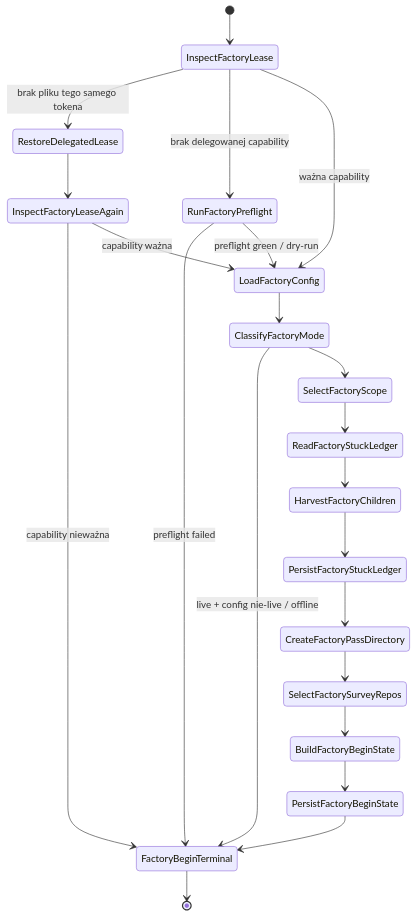
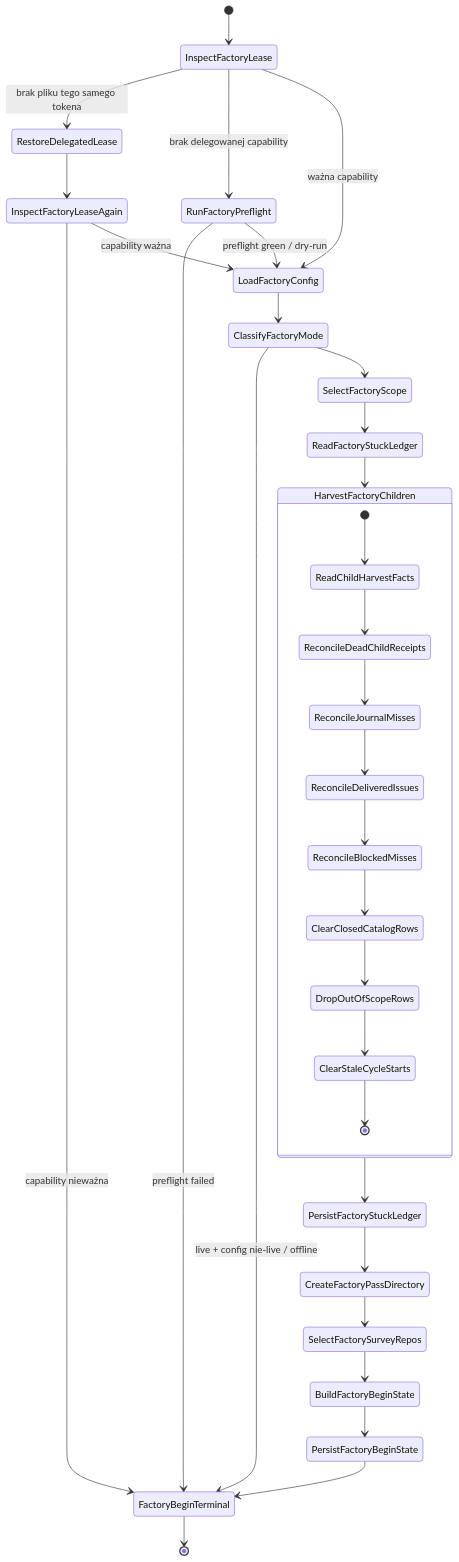
One commit to mikolaj92/lokay changed the second of 38 diagrams in README.md. Above: the diagram before and after it, drawn with Mermaid. The commit also changed other lines of this file, not shown here.

Commit message:
docs: expose child harvest subflow

````diff
--- a/README.md
+++ b/README.md
@@ -100,24 +100,35 @@
 ```mermaid
 stateDiagram-v2
     [*] --> InspectFactoryLease
     InspectFactoryLease --> RestoreDelegatedLease: brak pliku tego samego tokena
     InspectFactoryLease --> RunFactoryPreflight: brak delegowanej capability
     InspectFactoryLease --> LoadFactoryConfig: ważna capability
     RestoreDelegatedLease --> InspectFactoryLeaseAgain
     InspectFactoryLeaseAgain --> FactoryBeginTerminal: capability nieważna
     InspectFactoryLeaseAgain --> LoadFactoryConfig: capability ważna
     RunFactoryPreflight --> FactoryBeginTerminal: preflight failed
     RunFactoryPreflight --> LoadFactoryConfig: preflight green / dry-run
     LoadFactoryConfig --> ClassifyFactoryMode
     ClassifyFactoryMode --> FactoryBeginTerminal: live + config nie-live / offline
     ClassifyFactoryMode --> SelectFactoryScope
     SelectFactoryScope --> ReadFactoryStuckLedger
     ReadFactoryStuckLedger --> HarvestFactoryChildren
+    state HarvestFactoryChildren {
+        [*] --> ReadChildHarvestFacts
+        ReadChildHarvestFacts --> ReconcileDeadChildReceipts
+        ReconcileDeadChildReceipts --> ReconcileJournalMisses
+        ReconcileJournalMisses --> ReconcileDeliveredIssues
+        ReconcileDeliveredIssues --> ReconcileBlockedMisses
+        ReconcileBlockedMisses --> ClearClosedCatalogRows
+        ClearClosedCatalogRows --> DropOutOfScopeRows
+        DropOutOfScopeRows --> ClearStaleCycleStarts
+        ClearStaleCycleStarts --> [*]
+    }
     HarvestFactoryChildren --> PersistFactoryStuckLedger
     PersistFactoryStuckLedger --> CreateFactoryPassDirectory
     CreateFactoryPassDirectory --> SelectFactorySurveyRepos
     SelectFactorySurveyRepos --> BuildFactoryBeginState
     BuildFactoryBeginState --> PersistFactoryBeginState
     PersistFactoryBeginState --> FactoryBeginTerminal
     FactoryBeginTerminal --> [*]
 ```
````
